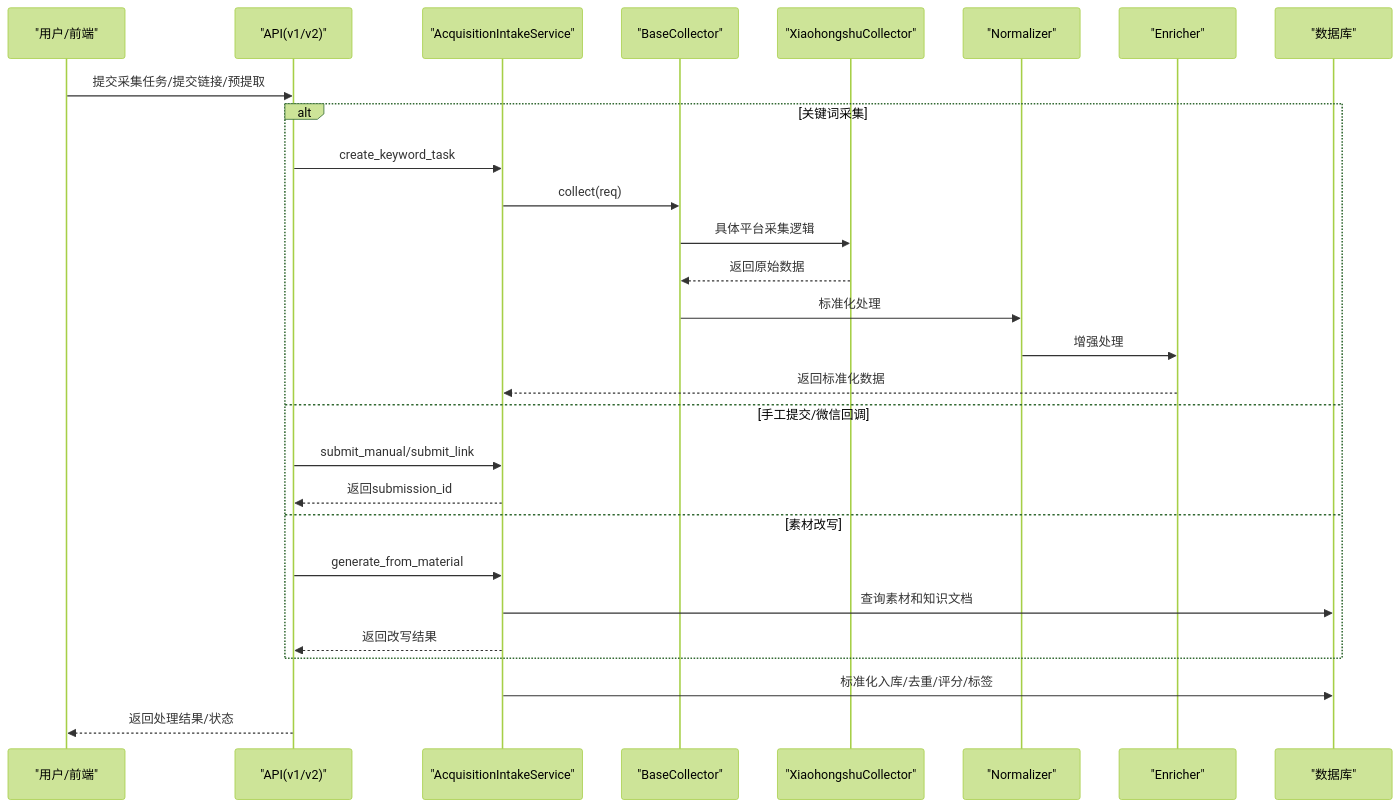
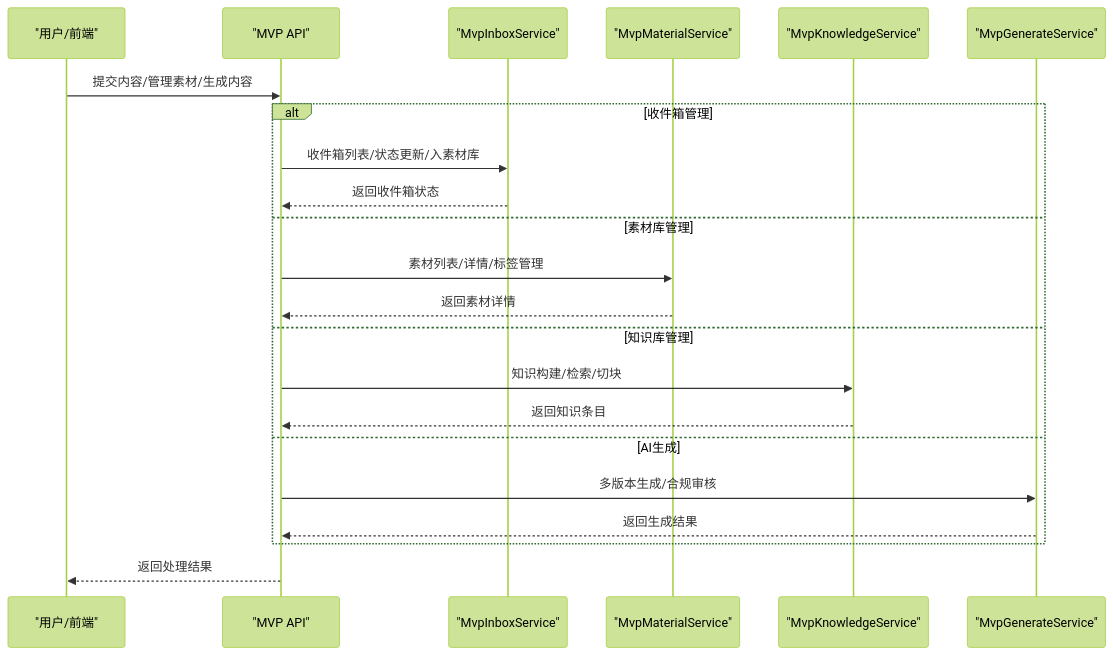
The second of 6 diagrams in .qoder/repowiki/zh/content/内容采集系统/内容采集系统.md (dream-ze/AI_huoke-), drawn with Mermaid (forest theme) before and after one commit. The commit also changed other lines of this file and 25 other files, not shown here.

````diff
--- a/.qoder/repowiki/zh/content/内容采集系统/内容采集系统.md
+++ b/.qoder/repowiki/zh/content/内容采集系统/内容采集系统.md
@@ -124,30 +127,24 @@
 ```mermaid
 sequenceDiagram
 participant U as "用户/前端"
-participant API as "API(v1/v2)"
-participant AC as "AcquisitionIntakeService"
-participant BC as "BaseCollector"
-participant XC as "XiaohongshuCollector"
-participant NF as "Normalizer"
-participant EN as "Enricher"
-participant DB as "数据库"
-U->>API : 提交采集任务/提交链接/预提取
-alt 关键词采集
-API->>AC : create_keyword_task
-AC->>BC : collect(req)
-BC->>XC : 具体平台采集逻辑
-XC-->>BC : 返回原始数据
-BC->>NF : 标准化处理
-NF->>EN : 增强处理
-EN-->>AC : 返回标准化数据
-else 手工提交/微信回调
-API->>AC : submit_manual/submit_link
-AC-->>API : 返回submission_id
-else 素材改写
-API->>AC : generate_from_material
-AC->>DB : 查询素材和知识文档
-AC-->>API : 返回改写结果
+participant API as "MVP API"
+participant MIS as "MvpInboxService"
+participant MMS as "MvpMaterialService"
+participant MKS as "MvpKnowledgeService"
+participant MGS as "MvpGenerateService"
+U->>API : 提交内容/管理素材/生成内容
+alt 收件箱管理
+API->>MIS : 收件箱列表/状态更新/入素材库
+MIS-->>API : 返回收件箱状态
+else 素材库管理
+API->>MMS : 素材列表/详情/标签管理
+MMS-->>API : 返回素材详情
+else 知识库管理
+API->>MKS : 知识构建/检索/切块
+MKS-->>API : 返回知识条目
+else AI生成
+API->>MGS : 多版本生成/合规审核
+MGS-->>API : 返回生成结果
 end
-AC->>DB : 标准化入库/去重/评分/标签
-API-->>U : 返回处理结果/状态
+API-->>U : 返回处理结果
 ```
````
